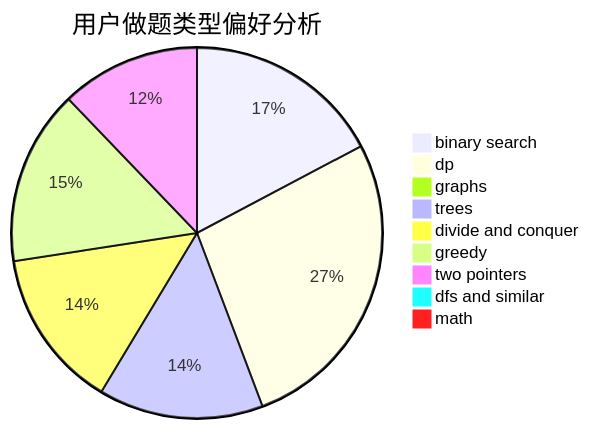
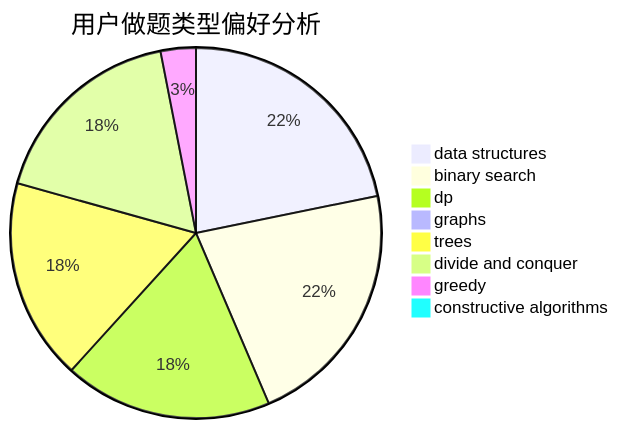
Before and after one commit to sherpahu/cfrs.github.io: the second of 3 diagrams in docs/user/u1038.md, drawn with Mermaid. The commit also changed other lines of this file and 2775 other files, not shown here.

````diff
--- a/docs/user/u1038.md
+++ b/docs/user/u1038.md
@@ -23,12 +23,11 @@
 ```mermaid
 pie title 用户做题类型偏好分析
+    "data structures" :  78
     "binary search" :  78
-    "dp" :  122
+    "dp" :  65
     "graphs" :  0
-    "trees" :  65
+    "trees" :  63
     "divide and conquer" :  63
-    "greedy" :  69
-    "two pointers" :  55
-    "dfs and similar" :  2
-    "math" :  2
+    "greedy" :  11
+    "constructive algorithms" :  0
 ```
````
